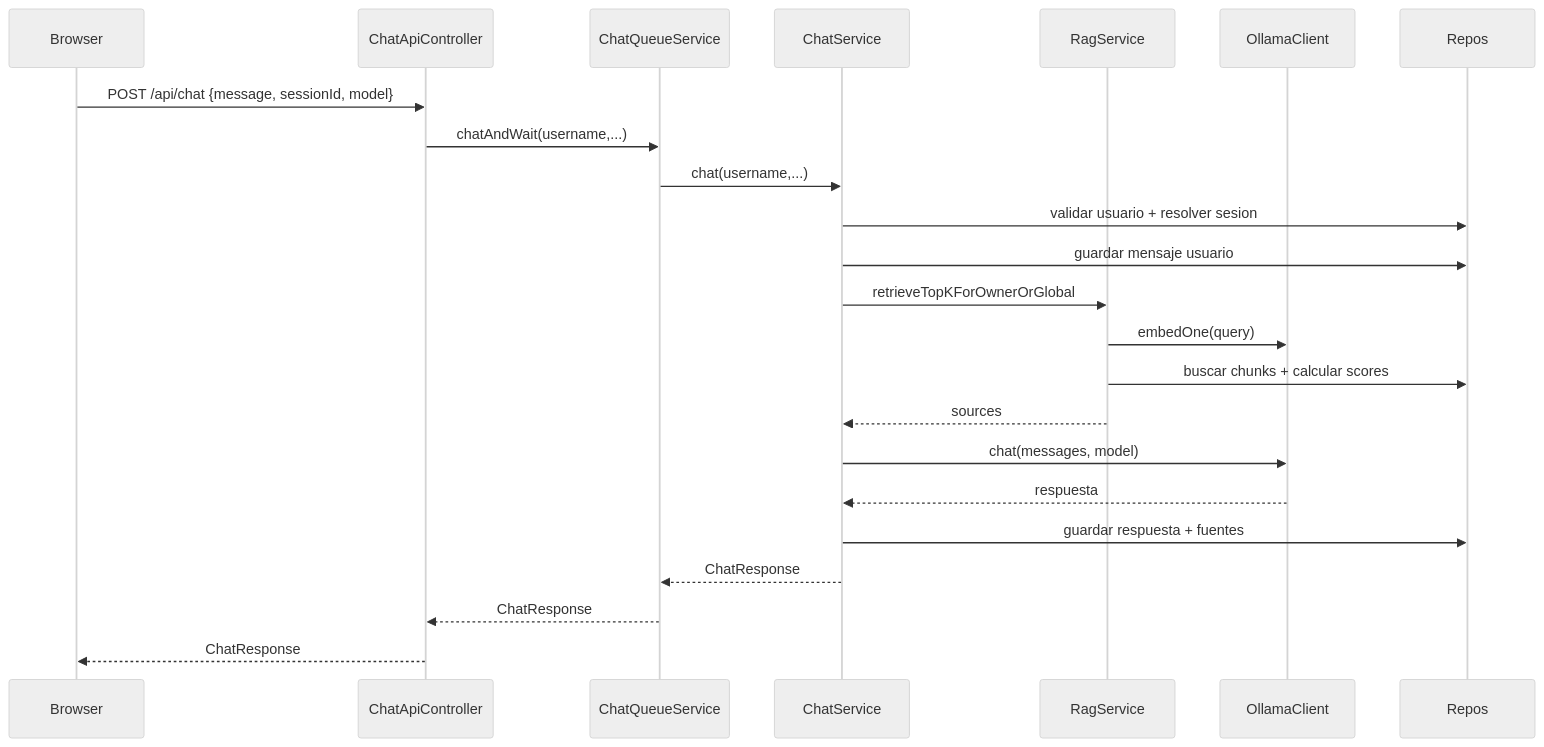
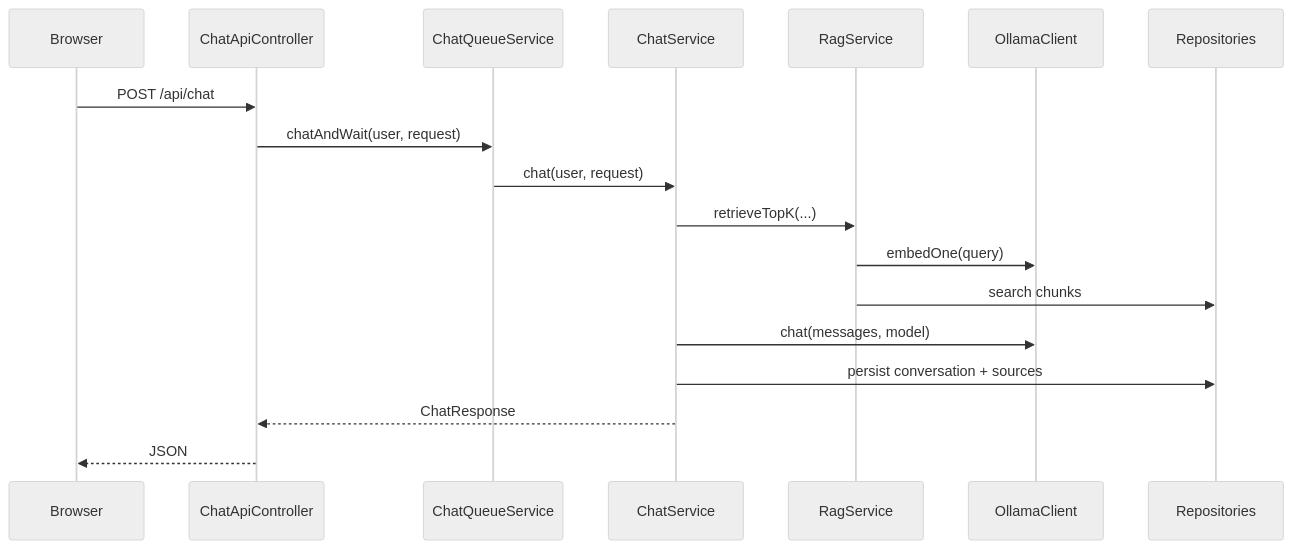
Before and after one commit to FlEtsv/apiasistente: the third of 6 diagrams in docs/architecture.md, drawn with Mermaid (neutral theme). The commit also changed other lines of this file and 16 other files, not shown here.

````diff
--- a/docs/architecture.md
+++ b/docs/architecture.md
@@ -57,29 +76,21 @@
 ```mermaid
 sequenceDiagram
-  participant Browser
-  participant ChatApiController
-  participant ChatQueueService
-  participant ChatService
-  participant RagService
-  participant OllamaClient
-  participant Repos
+    participant Browser
+    participant ChatApiController
+    participant ChatQueueService
+    participant ChatService
+    participant RagService
+    participant OllamaClient
+    participant Repositories
 
-  Browser->>ChatApiController: POST /api/chat {message, sessionId, model}
-  ChatApiController->>ChatQueueService: chatAndWait(username,...)
-  ChatQueueService->>ChatService: chat(username,...)
-
-  ChatService->>Repos: validar usuario + resolver sesion
-  ChatService->>Repos: guardar mensaje usuario
-  ChatService->>RagService: retrieveTopKForOwnerOrGlobal
-  RagService->>OllamaClient: embedOne(query)
-  RagService->>Repos: buscar chunks + calcular scores
-  RagService-->>ChatService: sources
-
-  ChatService->>OllamaClient: chat(messages, model)
-  OllamaClient-->>ChatService: respuesta
-  ChatService->>Repos: guardar respuesta + fuentes
-
-  ChatService-->>ChatQueueService: ChatResponse
-  ChatQueueService-->>ChatApiController: ChatResponse
-  ChatApiController-->>Browser: ChatResponse
+    Browser->>ChatApiController: POST /api/chat
+    ChatApiController->>ChatQueueService: chatAndWait(user, request)
+    ChatQueueService->>ChatService: chat(user, request)
+    ChatService->>RagService: retrieveTopK(...)
+    RagService->>OllamaClient: embedOne(query)
+    RagService->>Repositories: search chunks
+    ChatService->>OllamaClient: chat(messages, model)
+    ChatService->>Repositories: persist conversation + sources
+    ChatService-->>ChatApiController: ChatResponse
+    ChatApiController-->>Browser: JSON
 ```
````
